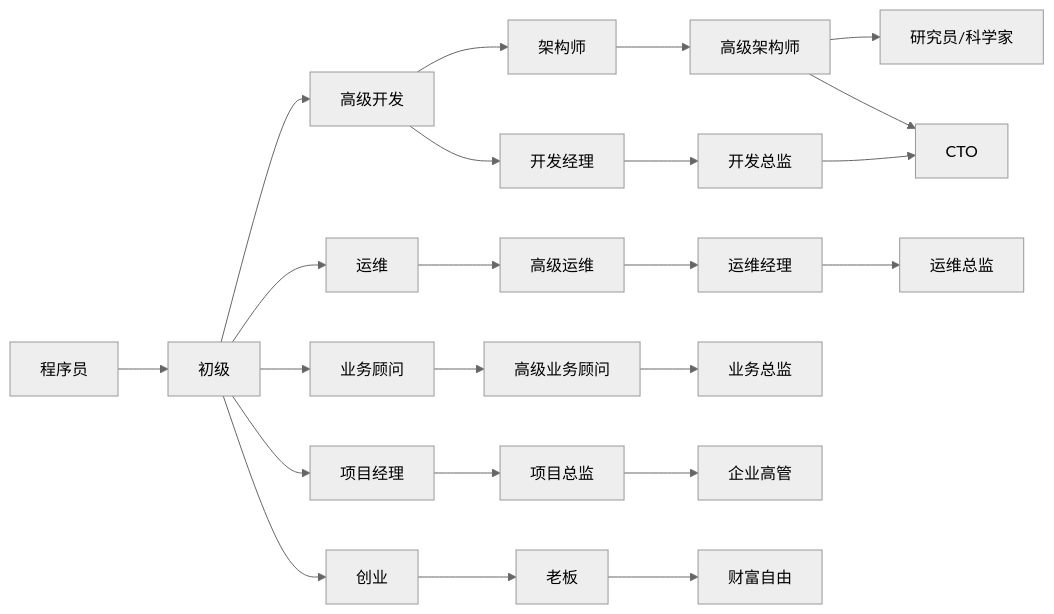
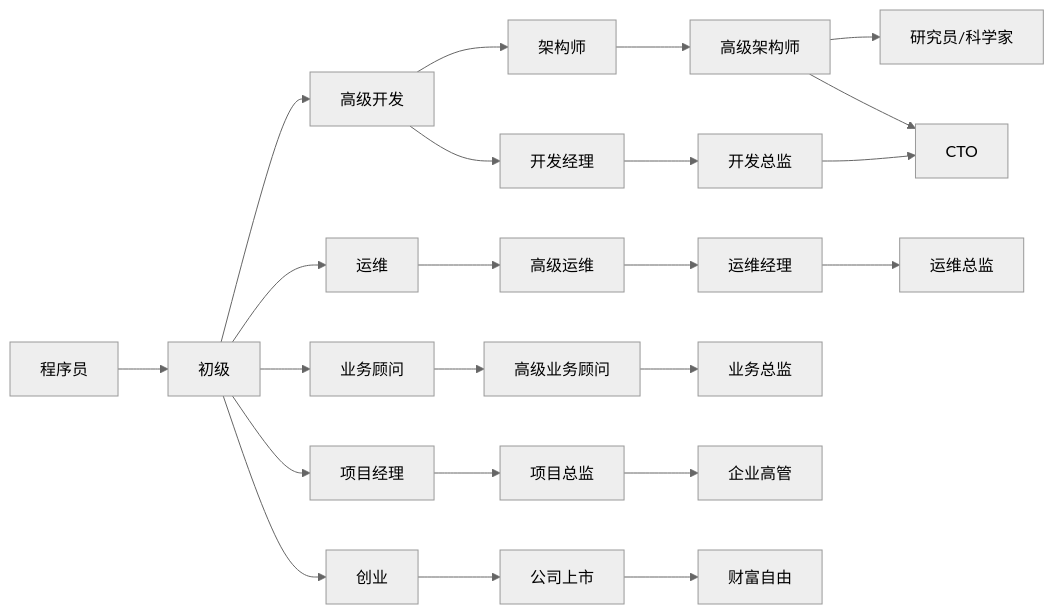
Before and after one commit to namelessmyth/beFreeCoder: the diagram in README.md, drawn with Mermaid (neutral theme). The commit also changed other lines of this file and 2 other files, not shown here.

````diff
--- a/README.md
+++ b/README.md
@@ -46,12 +62,12 @@
 ```mermaid
 flowchart LR
 
 root[程序员]
 root-->dev[初级]-->sdev[高级开发]-->架构师-->高级架构师-->top["研究员/科学家"]
 sdev-->开发经理-->开发总监-->CTO
 高级架构师-->CTO
 dev-->运维-->高级运维-->运维经理-->运维总监
 dev-->业务顾问-->高级业务顾问-->业务总监
 dev-->项目经理-->项目总监-->企业高管
-dev-->创业-->老板-->财富自由
+dev-->创业-->公司上市-->财富自由
 ```
````
